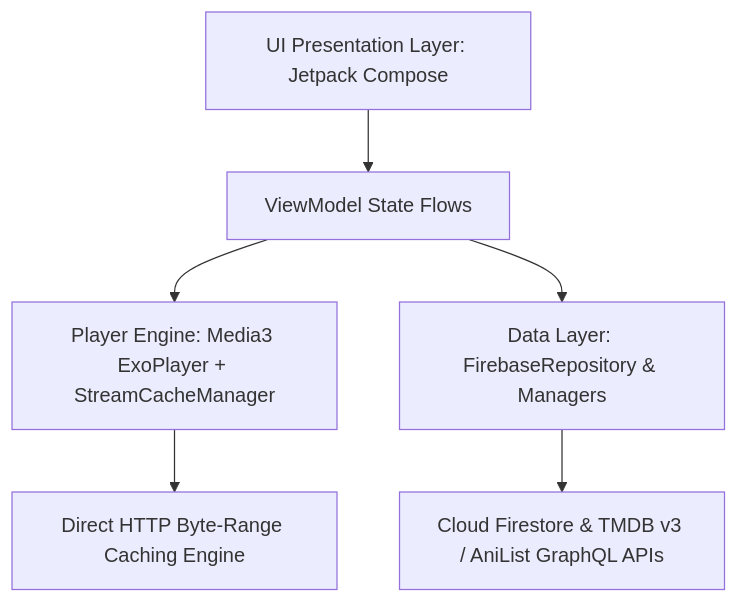
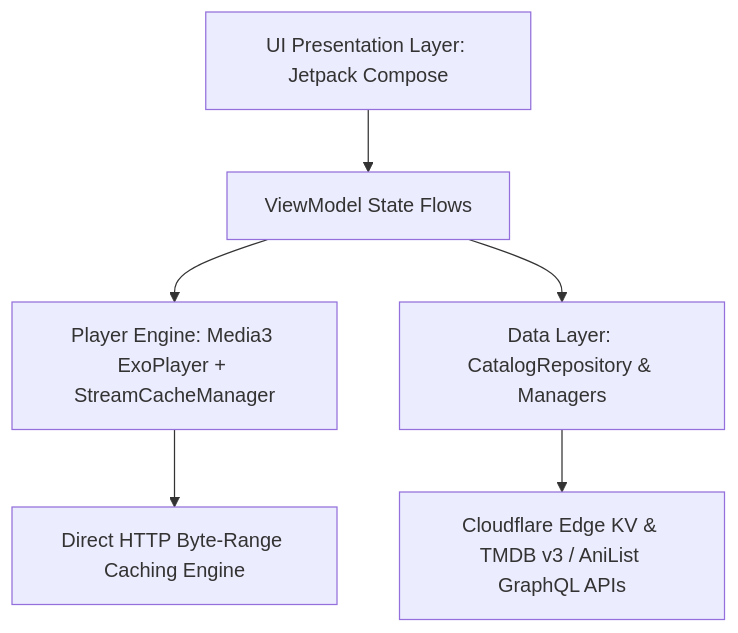
The diagram in README.md (WorkerOfArea51/StreamHub), drawn with Mermaid before and after one commit. The commit also changed other lines of this file and 29 other files, not shown here.

````diff
--- a/README.md
+++ b/README.md
@@ -50,8 +50,8 @@
 ```mermaid
 graph TD
     A[UI Presentation Layer: Jetpack Compose] --> B[ViewModel State Flows]
     B --> C[Player Engine: Media3 ExoPlayer + StreamCacheManager]
-    B --> D[Data Layer: FirebaseRepository & Managers]
-    D --> E[Cloud Firestore & TMDB v3 / AniList GraphQL APIs]
+    B --> D[Data Layer: CatalogRepository & Managers]
+    D --> E[Cloudflare Edge KV & TMDB v3 / AniList GraphQL APIs]
     C --> F[Direct HTTP Byte-Range Caching Engine]
 ```
````
